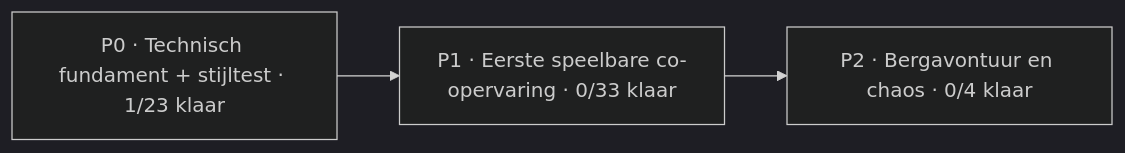
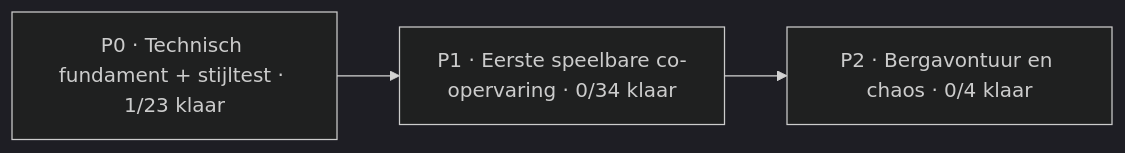
The diagram in Docs/PROJECT_BOARD.md (mlemson/conductor-chaos), drawn with Mermaid (dark theme) before and after one commit. The commit also changed other lines of this file, not shown here.

````diff
--- a/Docs/PROJECT_BOARD.md
+++ b/Docs/PROJECT_BOARD.md
@@ -13,7 +13,7 @@
 ```mermaid
 flowchart LR
     P0["P0 · Technisch fundament + stijltest · 1/23 klaar"]
-    P1["P1 · Eerste speelbare co-opervaring · 0/33 klaar"]
+    P1["P1 · Eerste speelbare co-opervaring · 0/34 klaar"]
     P2["P2 · Bergavontuur en chaos · 0/4 klaar"]
     P0 --> P1 --> P2
 ```
````
